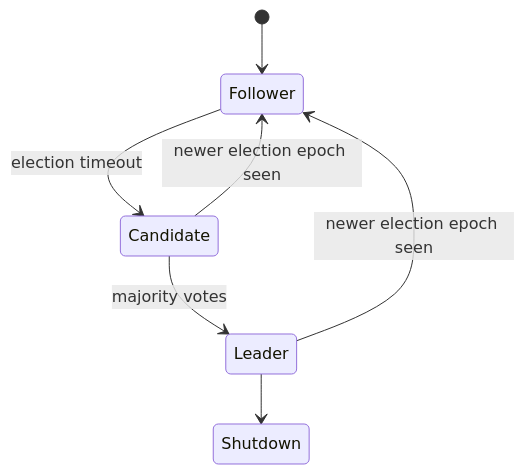
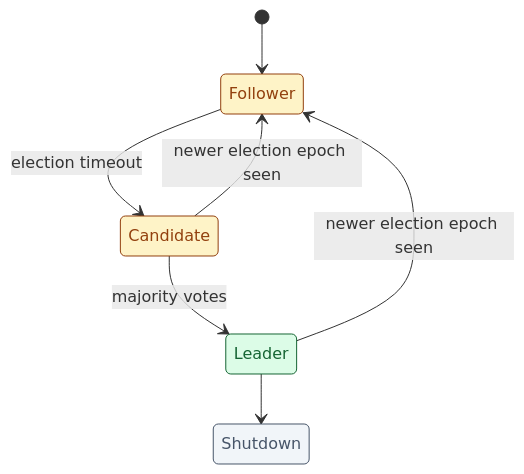
The sixth of 6 diagrams in skills/fast-learning/references/diagrams.md (git-hulk/skills), drawn with Mermaid before and after one commit. The commit also changed other lines of this file and 1 other file, not shown here.

Commit message:
Add consistent diagram colors to fast-learning guidance

````diff
--- a/skills/fast-learning/references/diagrams.md
+++ b/skills/fast-learning/references/diagrams.md
@@ -110,9 +143,15 @@
 ```mermaid
 stateDiagram-v2
     [*] --> Follower
     Follower --> Candidate : election timeout
     Candidate --> Leader : majority votes
     Candidate --> Follower : newer election epoch seen
     Leader --> Follower : newer election epoch seen
     Leader --> Shutdown
+    classDef waiting fill:#FEF3C7,stroke:#92400E,color:#92400E
+    classDef active fill:#DCFCE7,stroke:#166534,color:#166534
+    classDef stopped fill:#F1F5F9,stroke:#475569,color:#475569
+    class Follower,Candidate waiting
+    class Leader active
+    class Shutdown stopped
 ```
````
